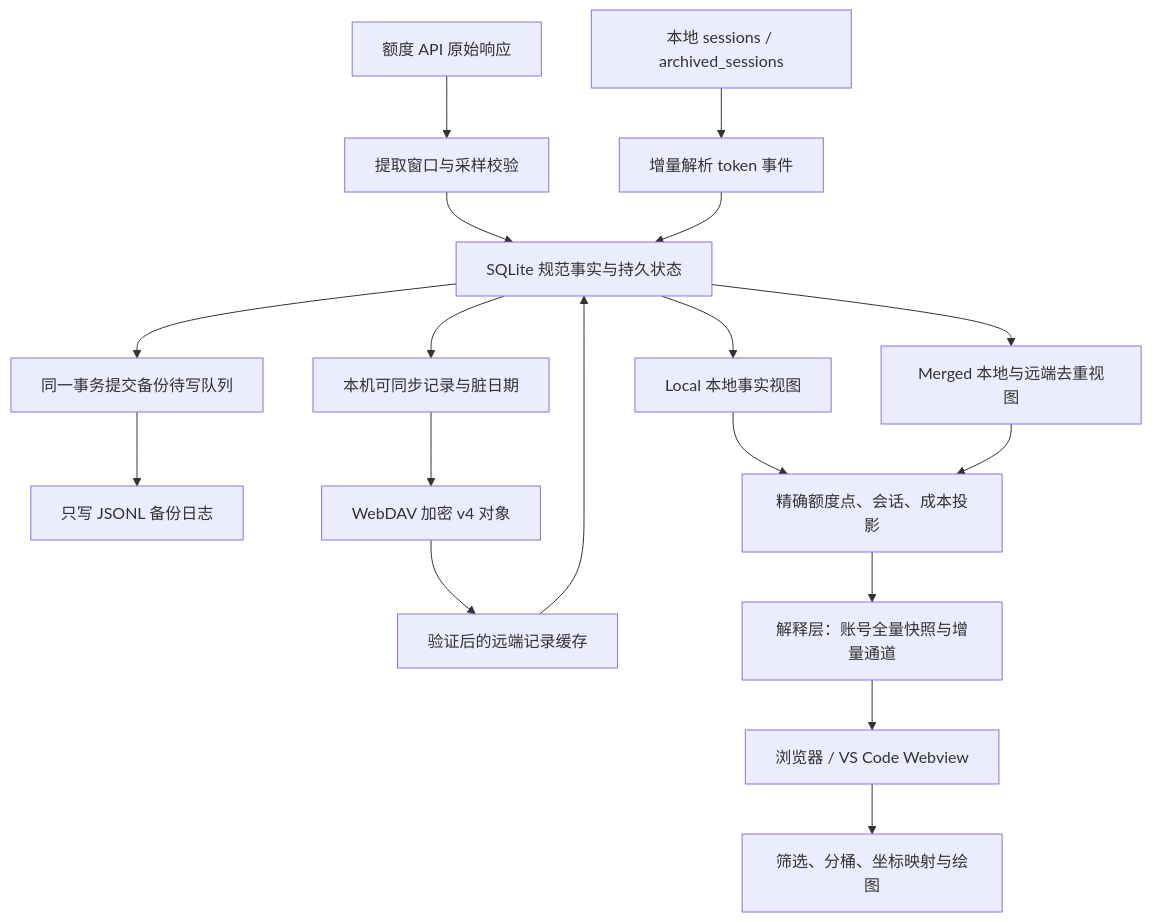
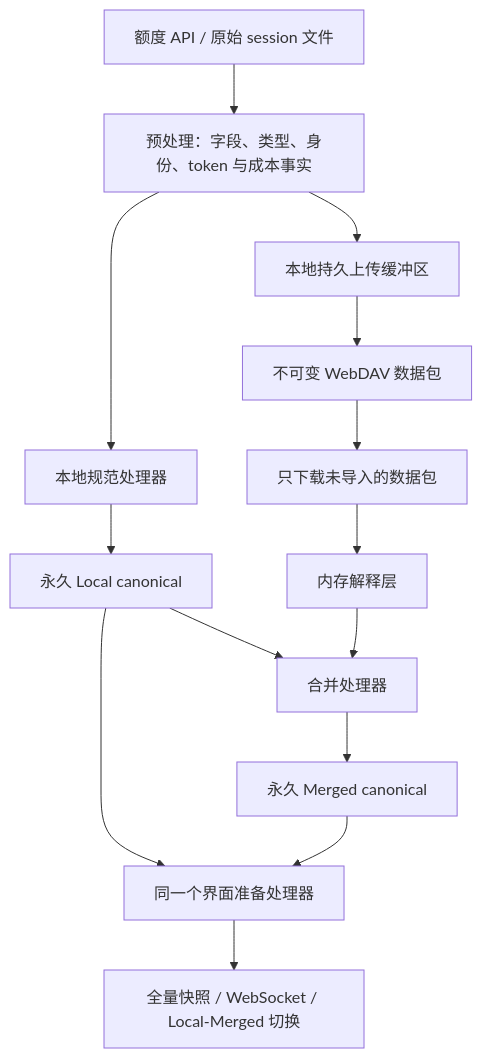
The diagram in data-pipeline.zh-CN.md (LenorEric/codex-monitor), drawn with Mermaid before and after one commit. The commit also changed other lines of this file and 82 other files, not shown here.

````diff
--- a/data-pipeline.zh-CN.md
+++ b/data-pipeline.zh-CN.md
@@ -13,20 +7,16 @@
 ```mermaid
 flowchart TD
-    API[额度 API 原始响应] --> Q[提取窗口与采样校验]
-    SESSION[本地 sessions / archived_sessions] --> P[增量解析 token 事件]
-    Q --> DB[SQLite 规范事实与持久状态]
-    P --> DB
-    DB --> QUEUE[同一事务提交备份待写队列]
-    QUEUE --> FACT[只写 JSONL 备份日志]
-    DB --> PUB[本机可同步记录与脏日期]
-    PUB --> CLOUD[WebDAV 加密 v4 对象]
-    CLOUD --> PEER[验证后的远端记录缓存]
-    PEER --> DB
-    DB --> LOCAL[Local 本地事实视图]
-    DB --> MERGED[Merged 本地与远端去重视图]
-    LOCAL --> EXACT[精确额度点、会话、成本投影]
-    MERGED --> EXACT
-    EXACT --> DELIVERY[解释层：账号全量快照与增量通道]
-    DELIVERY --> CLIENT[浏览器 / VS Code Webview]
-    CLIENT --> UI[筛选、分桶、坐标映射与绘图]
+    RAW[额度 API / 原始 session 文件] --> PRE[预处理：字段、类型、身份、token 与成本事实]
+    PRE --> BUFFER[本地持久上传缓冲区]
+    PRE --> PROCESS[本地规范处理器]
+    PROCESS --> LOCAL[永久 Local canonical]
+    LOCAL --> MERGE[合并处理器]
+    BUFFER --> DAV[不可变 WebDAV 数据包]
+    DAV --> DOWNLOAD[只下载未导入的数据包]
+    DOWNLOAD --> INTERPRET[内存解释层]
+    INTERPRET --> MERGE
+    MERGE --> MERGED[永久 Merged canonical]
+    LOCAL --> UI[同一个界面准备处理器]
+    MERGED --> UI
+    UI --> CLIENT[全量快照 / WebSocket / Local-Merged 切换]
 ```
````
